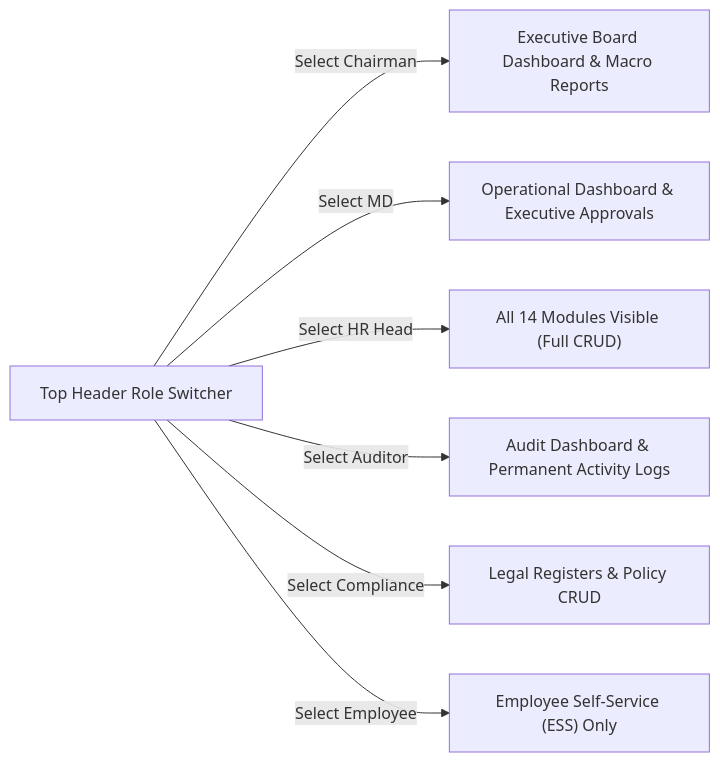
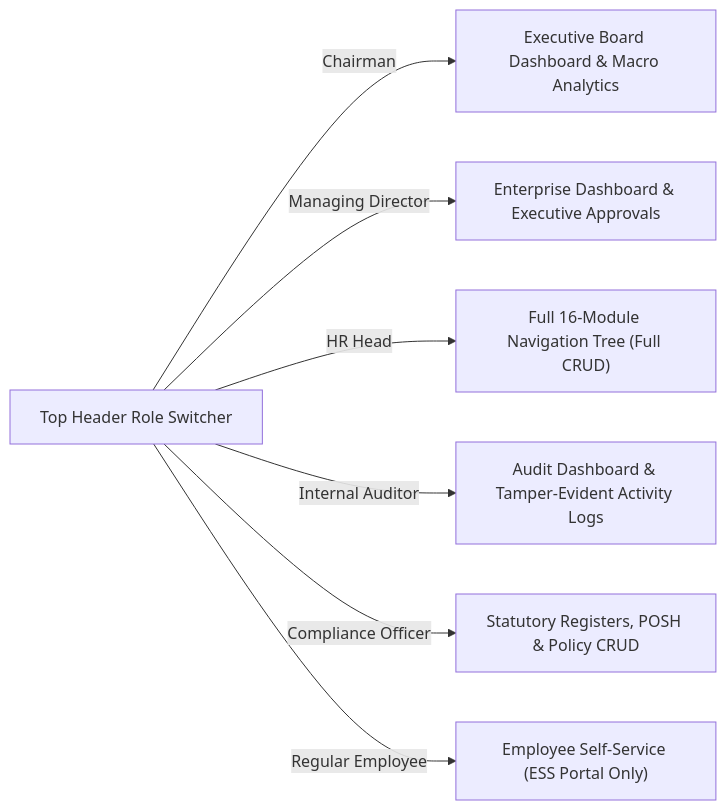
Before and after one commit to ViruzVerse-Solutions/hrms: the second of 10 diagrams in docs/PHASE_TESTING_GUIDE.md, drawn with Mermaid. The commit also changed other lines of this file and 9 other files, not shown here.

````diff
--- a/docs/PHASE_TESTING_GUIDE.md
+++ b/docs/PHASE_TESTING_GUIDE.md
@@ -55,9 +52,9 @@
 ```mermaid
 flowchart LR
-    Switcher["Top Header Role Switcher"] -->|Select Chairman| CH["Executive Board Dashboard & Macro Reports"]
-    Switcher -->|Select MD| MD["Operational Dashboard & Executive Approvals"]
-    Switcher -->|Select HR Head| FULL["All 14 Modules Visible (Full CRUD)"]
-    Switcher -->|Select Auditor| AUD["Audit Dashboard & Permanent Activity Logs"]
-    Switcher -->|Select Compliance| COMP["Legal Registers & Policy CRUD"]
-    Switcher -->|Select Employee| ESS["Employee Self-Service (ESS) Only"]
+    Switcher["Top Header Role Switcher"] -->|Chairman| CH["Executive Board Dashboard & Macro Analytics"]
+    Switcher -->|Managing Director| MD["Enterprise Dashboard & Executive Approvals"]
+    Switcher -->|HR Head| FULL["Full 16-Module Navigation Tree (Full CRUD)"]
+    Switcher -->|Internal Auditor| AUD["Audit Dashboard & Tamper-Evident Activity Logs"]
+    Switcher -->|Compliance Officer| COMP["Statutory Registers, POSH & Policy CRUD"]
+    Switcher -->|Regular Employee| ESS["Employee Self-Service (ESS Portal Only)"]
 ```
````
